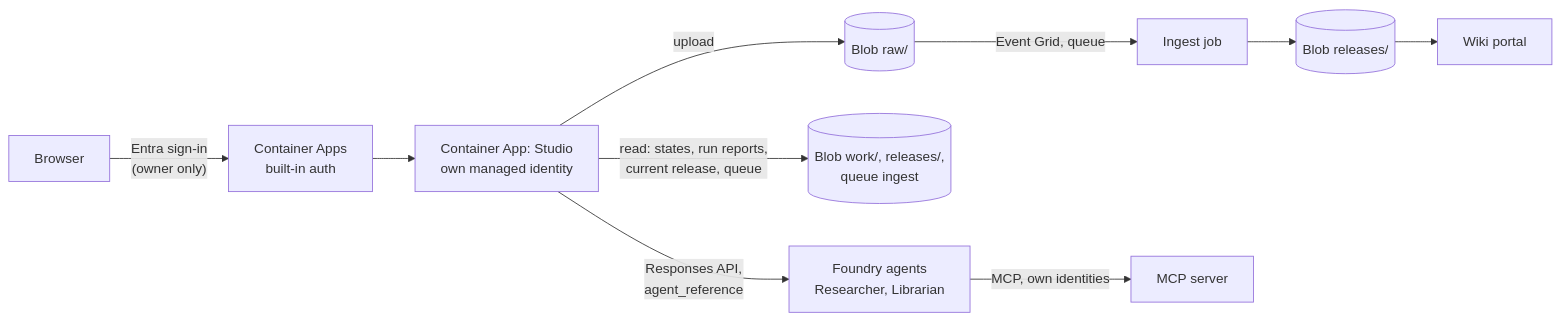
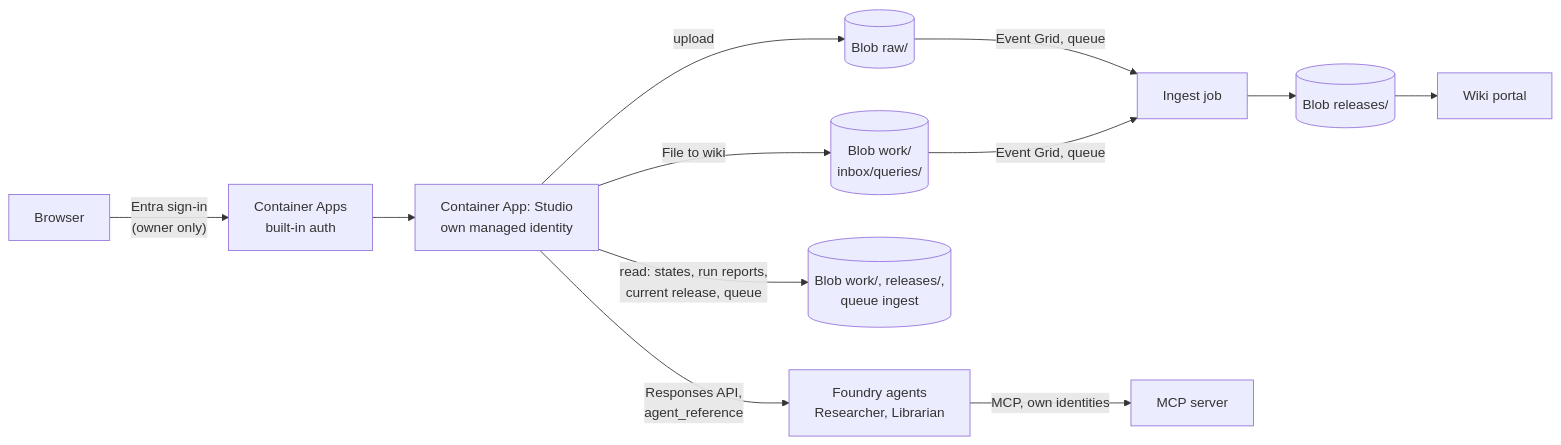
The diagram in docs/studio.md (ozgurkarahan/docwiki), drawn with Mermaid before and after one commit. The commit also changed other lines of this file and 1821 other files, not shown here.

First line of the commit message:
DocWiki: fictional construction-job sample, answers filed into the wiki, one public repo without GitHub Pages

````diff
--- a/docs/studio.md
+++ b/docs/studio.md
@@ -29,12 +62,14 @@
 ```mermaid
 flowchart LR
   browser["Browser"] -->|"Entra sign-in<br/>(owner only)"| auth["Container Apps<br/>built-in auth"]
   auth --> studio["Container App: Studio<br/>own managed identity"]
   studio -->|"upload"| raw[("Blob raw/")]
+  studio -->|"File to wiki"| inbox[("Blob work/<br/>inbox/queries/")]
   raw -->|"Event Grid, queue"| job["Ingest job"]
+  inbox -->|"Event Grid, queue"| job
   job --> releases[("Blob releases/")]
   studio -->|"read: states, run reports,<br/>current release, queue"| work[("Blob work/, releases/,<br/>queue ingest")]
   studio -->|"Responses API,<br/>agent_reference"| agents["Foundry agents<br/>Researcher, Librarian"]
   agents -->|"MCP, own identities"| mcp["MCP server"]
   releases --> portal["Wiki portal"]
 ```
````
